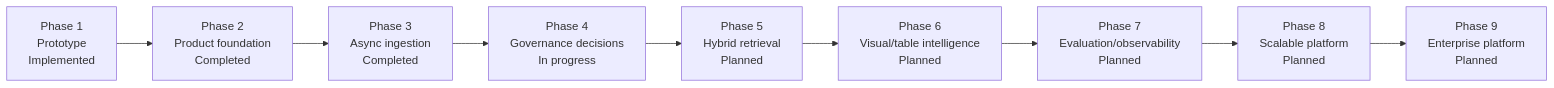
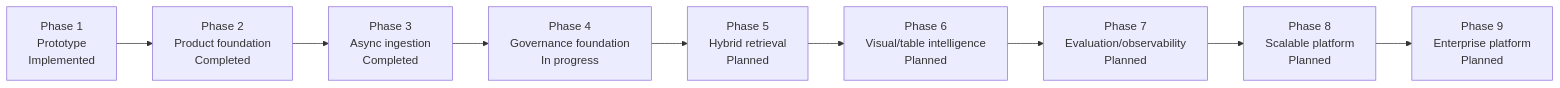
One commit to mvyas412/ai-projects changed the second of 11 diagrams in mm-rag-full-stack-genai-bootcamp-3.0/docs/architecture/ARCHITECTURE.md. Above: the diagram before and after it, drawn with Mermaid. The commit also changed other lines of this file and 9 other files, not shown here.

Commit message:
docs(mm-rag): accept Phase 4 governance contracts

````diff
--- a/mm-rag-full-stack-genai-bootcamp-3.0/docs/architecture/ARCHITECTURE.md
+++ b/mm-rag-full-stack-genai-bootcamp-3.0/docs/architecture/ARCHITECTURE.md
@@ -164,12 +164,12 @@
 ```mermaid
 flowchart LR
     p1["Phase 1<br/>Prototype<br/>Implemented"] -->
     p2["Phase 2<br/>Product foundation<br/>Completed"] -->
     p3["Phase 3<br/>Async ingestion<br/>Completed"] -->
-    p4["Phase 4<br/>Governance decisions<br/>In progress"] -->
+    p4["Phase 4<br/>Governance foundation<br/>In progress"] -->
     p5["Phase 5<br/>Hybrid retrieval<br/>Planned"] -->
     p6["Phase 6<br/>Visual/table intelligence<br/>Planned"] -->
     p7["Phase 7<br/>Evaluation/observability<br/>Planned"] -->
     p8["Phase 8<br/>Scalable platform<br/>Planned"] -->
     p9["Phase 9<br/>Enterprise platform<br/>Planned"]
 ```
````
